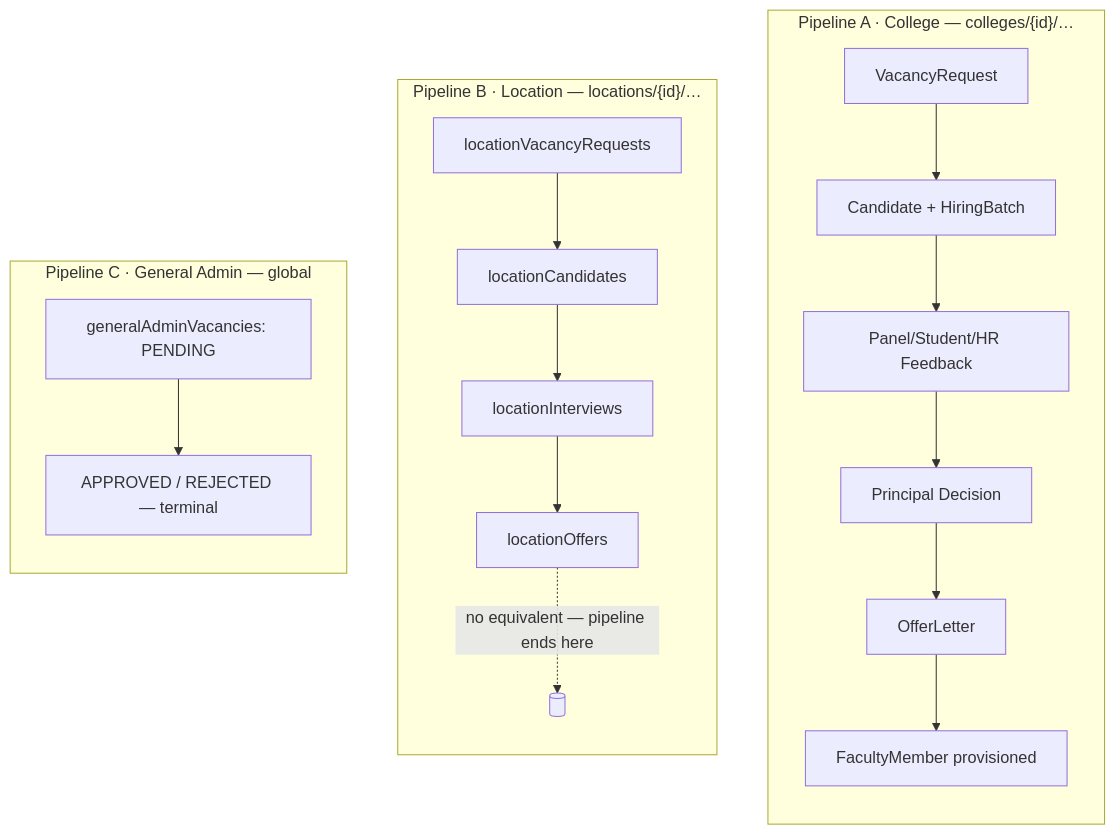
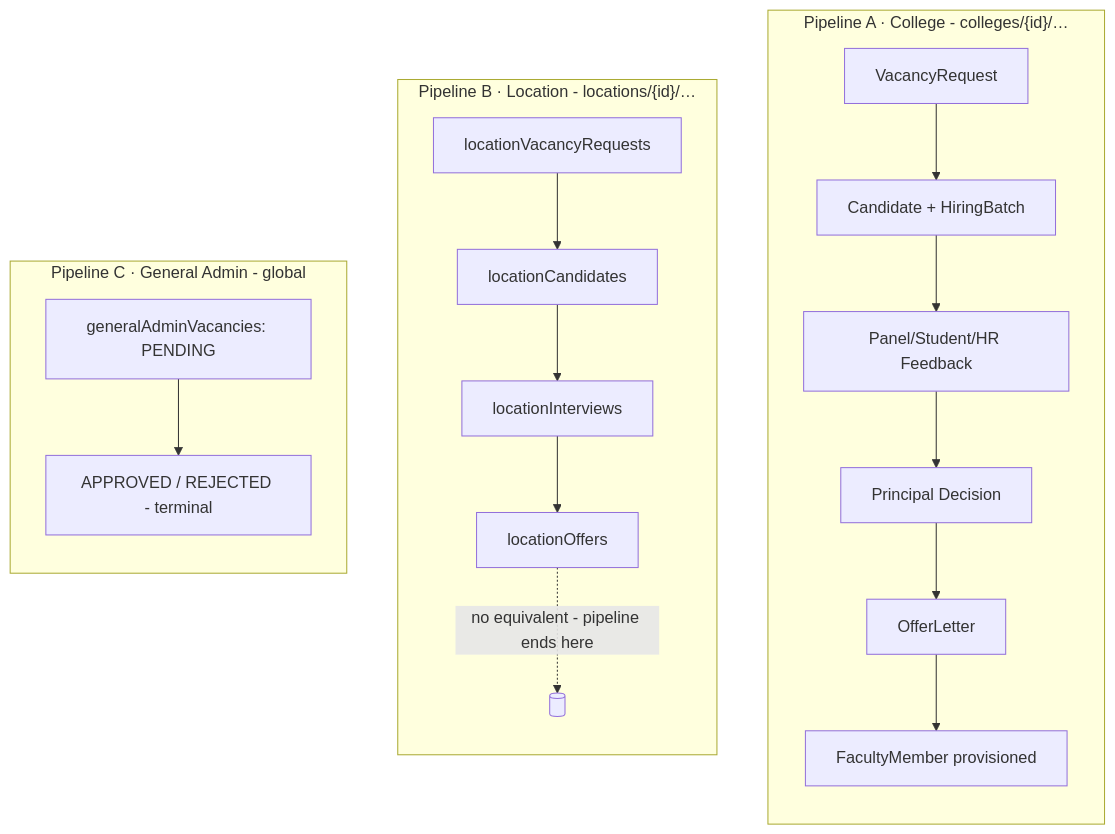
The first of 6 diagrams in docs/hiring-pipeline-architecture.md (Yubhian-Technologies/Faculty-Managment), drawn with Mermaid before and after one commit. The commit also changed other lines of this file and 319 other files, not shown here.

````diff
--- a/docs/hiring-pipeline-architecture.md
+++ b/docs/hiring-pipeline-architecture.md
@@ -9,16 +9,16 @@
 ```mermaid
 flowchart TB
-    subgraph A["Pipeline A · College — colleges/{id}/…"]
+    subgraph A["Pipeline A · College - colleges/{id}/…"]
         direction TB
         A1[VacancyRequest] --> A2[Candidate + HiringBatch] --> A3[Panel/Student/HR Feedback] --> A4[Principal Decision] --> A5[OfferLetter] --> A6[FacultyMember provisioned]
     end
-    subgraph B["Pipeline B · Location — locations/{id}/…"]
+    subgraph B["Pipeline B · Location - locations/{id}/…"]
         direction TB
         B1[locationVacancyRequests] --> B2[locationCandidates] --> B3[locationInterviews] --> B4[locationOffers]
-        B4 -.->|"no equivalent — pipeline ends here"| BX[( )]
+        B4 -.->|"no equivalent - pipeline ends here"| BX[( )]
     end
-    subgraph C["Pipeline C · General Admin — global"]
+    subgraph C["Pipeline C · General Admin - global"]
         direction TB
-        C1[generalAdminVacancies: PENDING] --> C2[APPROVED / REJECTED — terminal]
+        C1[generalAdminVacancies: PENDING] --> C2[APPROVED / REJECTED - terminal]
     end
 ```
````
